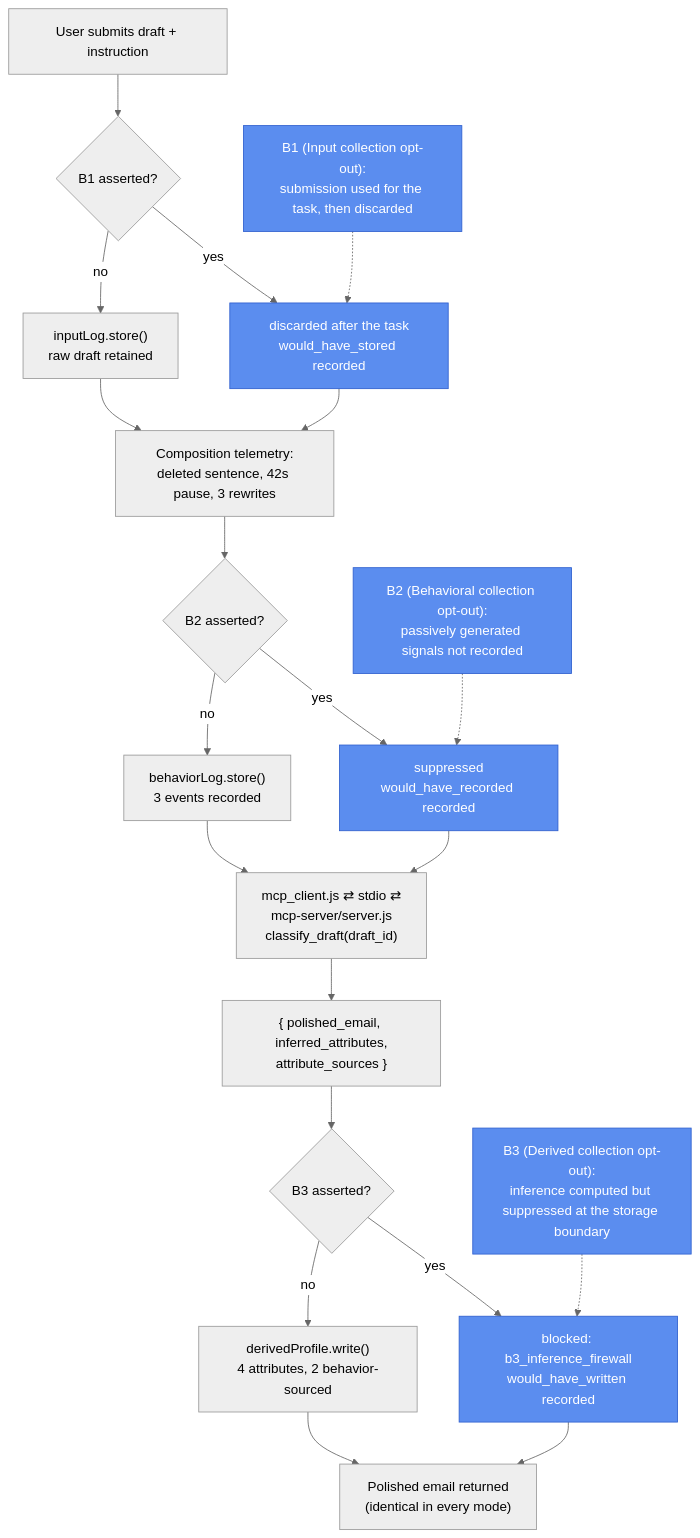
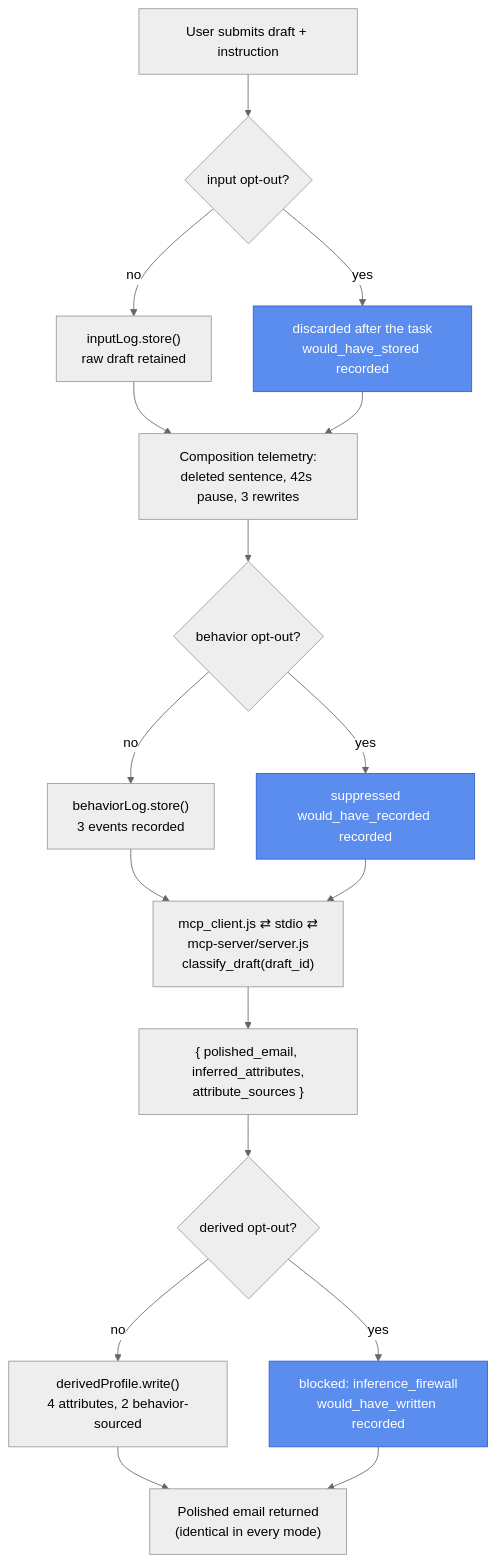
Before and after one commit to privacy-tech-lab/gpc-ai-agents-prototypes: the diagram in prototype-6/README.md, drawn with Mermaid (neutral theme). The commit also changed other lines of this file and 82 other files, not shown here.

````diff
--- a/prototype-6/README.md
+++ b/prototype-6/README.md
@@ -36,25 +36,22 @@
 ```mermaid
 flowchart TD
-    S["User submits draft + instruction"] --> B1{"B1 asserted?"}
-    B1 -- "no" --> L1["inputLog.store()\nraw draft retained"]
-    B1 -- "yes" --> D1["discarded after the task\nwould_have_stored recorded"]
+    S["User submits draft + instruction"] --> IN{"input opt-out?"}
+    IN -- "no" --> L1["inputLog.store()\nraw draft retained"]
+    IN -- "yes" --> DIN["discarded after the task\nwould_have_stored recorded"]
     L1 --> T["Composition telemetry:\ndeleted sentence, 42s pause, 3 rewrites"]
-    D1 --> T
-    T --> B2{"B2 asserted?"}
-    B2 -- "no" --> L2["behaviorLog.store()\n3 events recorded"]
-    B2 -- "yes" --> D2["suppressed\nwould_have_recorded recorded"]
+    DIN --> T
+    T --> BH{"behavior opt-out?"}
+    BH -- "no" --> L2["behaviorLog.store()\n3 events recorded"]
+    BH -- "yes" --> DBH["suppressed\nwould_have_recorded recorded"]
     L2 --> MC["mcp_client.js ⇄ stdio ⇄\nmcp-server/server.js\nclassify_draft(draft_id)"]
-    D2 --> MC
+    DBH --> MC
     MC --> CL["{ polished_email, inferred_attributes,\nattribute_sources }"]
-    CL --> B3{"B3 asserted?"}
-    B3 -- "no" --> W["derivedProfile.write()\n4 attributes, 2 behavior-sourced"]
-    B3 -- "yes" --> FW["blocked: b3_inference_firewall\nwould_have_written recorded"]
+    CL --> DV{"derived opt-out?"}
+    DV -- "no" --> W["derivedProfile.write()\n4 attributes, 2 behavior-sourced"]
+    DV -- "yes" --> FW["blocked: inference_firewall\nwould_have_written recorded"]
     W --> ANS["Polished email returned\n(identical in every mode)"]
     FW --> ANS
 
-    classDef category fill:#5b8def,stroke:#2f5fce,color:#fff
-    class D1,D2,FW category
-    B1c["B1 (Input collection opt-out):\nsubmission used for the task, then discarded"]:::category -.-> D1
-    B2c["B2 (Behavioral collection opt-out):\npassively generated signals not recorded"]:::category -.-> D2
-    B3c["B3 (Derived collection opt-out):\ninference computed but suppressed at the storage boundary"]:::category -.-> FW
+    classDef enforced fill:#5b8def,stroke:#2f5fce,color:#fff
+    class DIN,DBH,FW enforced
 ```
````
